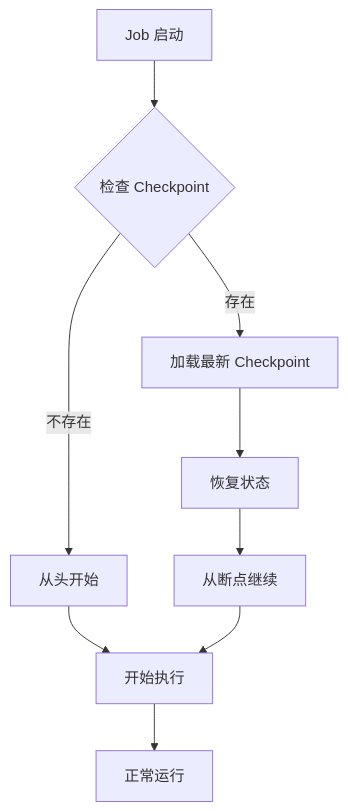
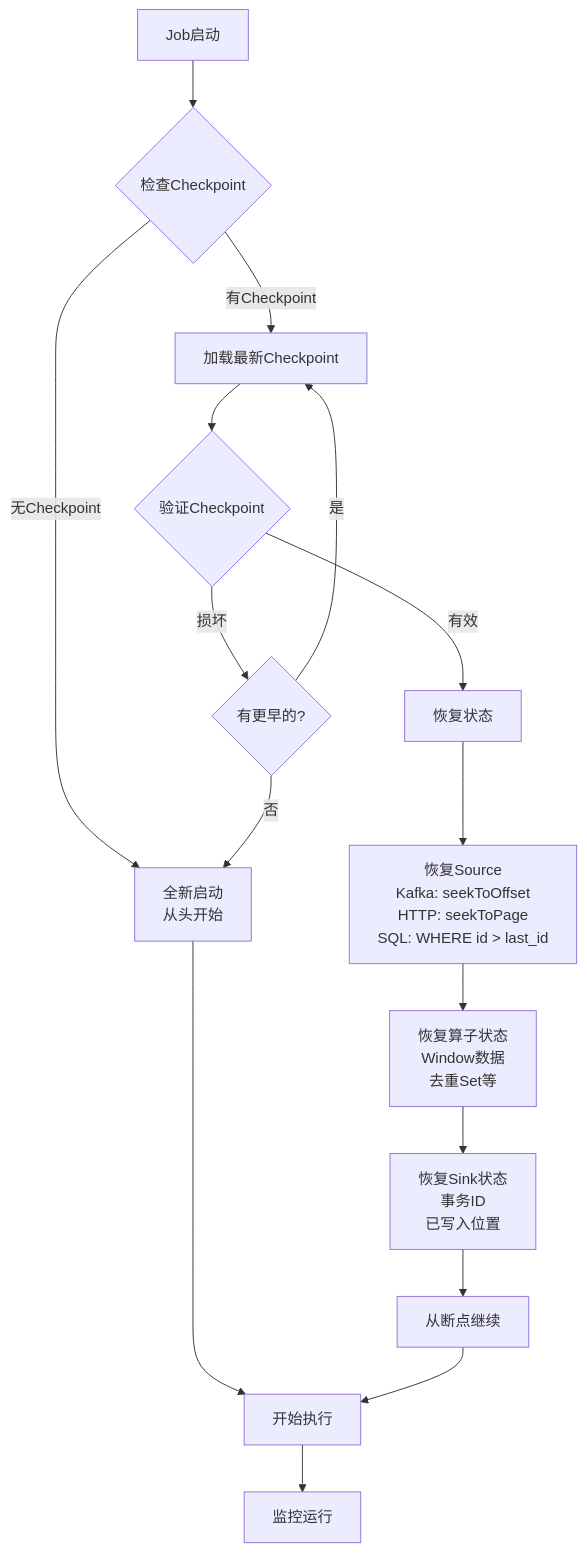
Diagram 11 of 12 in pipeline-framework-design.md (312268112/advanced-java), drawn with Mermaid before and after one commit. The commit also changed other lines of this file, not shown here.

````diff
--- a/pipeline-framework-design.md
+++ b/pipeline-framework-design.md
@@ -1206,15 +908,27 @@
 ```mermaid
 graph TB
-    Start[Job 启动] --> Check{检查 Checkpoint}
+    Start[Job启动] --> Check{检查Checkpoint}
     
-    Check -->|存在| Load[加载最新 Checkpoint]
-    Check -->|不存在| Init[从头开始]
+    Check -->|无Checkpoint| Fresh[全新启动<br/>从头开始]
+    Check -->|有Checkpoint| Load[加载最新Checkpoint]
     
-    Load --> Restore[恢复状态]
-    Restore --> Resume[从断点继续]
+    Load --> Validate{验证Checkpoint}
+    Validate -->|损坏| LoadPrevious{有更早的?}
+    Validate -->|有效| Restore
     
-    Init --> Run[开始执行]
+    LoadPrevious -->|是| Load
+    LoadPrevious -->|否| Fresh
+    
+    Restore[恢复状态] --> RestoreSource[恢复Source<br/>Kafka: seekToOffset<br/>HTTP: seekToPage<br/>SQL: WHERE id > last_id]
+    
+    RestoreSource --> RestoreOperator[恢复算子状态<br/>Window数据<br/>去重Set等]
+    
+    RestoreOperator --> RestoreSink[恢复Sink状态<br/>事务ID<br/>已写入位置]
+    
+    RestoreSink --> Resume[从断点继续]
+    
+    Fresh --> Run[开始执行]
     Resume --> Run
     
-    Run --> Normal[正常运行]
+    Run --> Monitor[监控运行]
 ```
````
